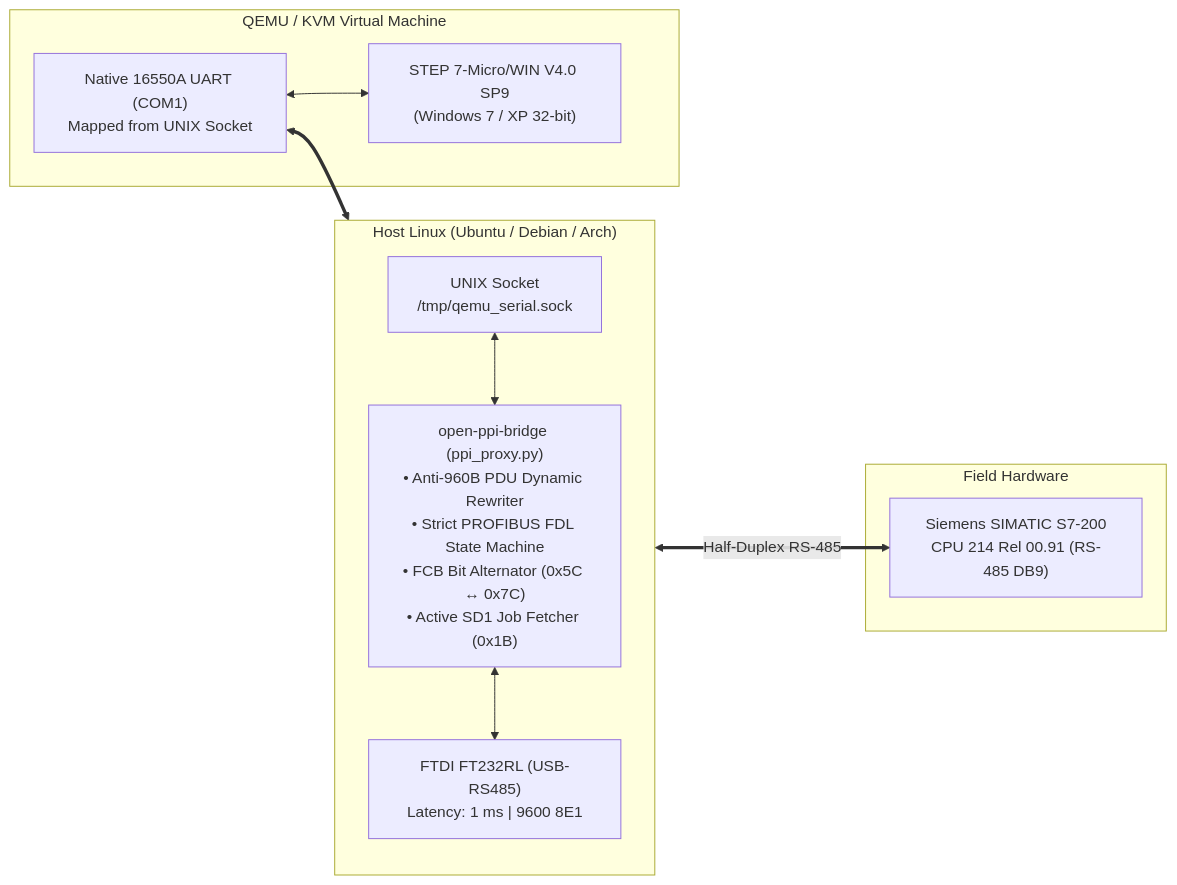
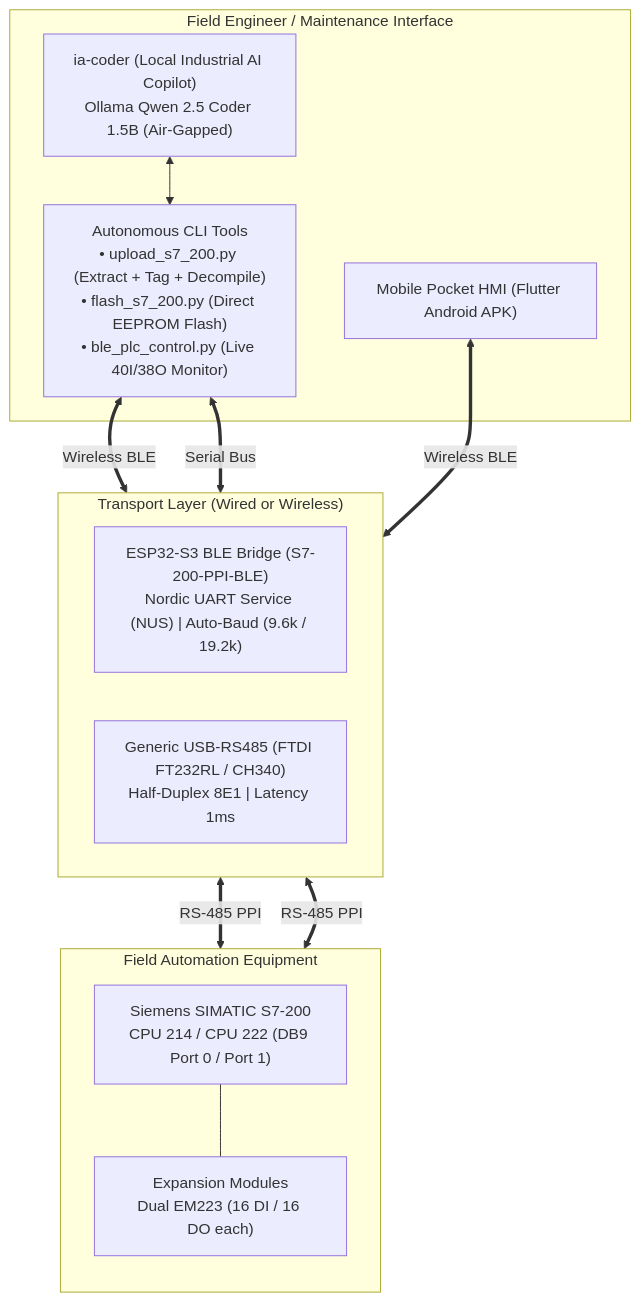
The diagram in README.md (humbertogamez23/open-ppi-bridge), drawn with Mermaid before and after one commit. The commit also changed other lines of this file, not shown here.

Commit message:
docs: update README with v1.1.0 release, ia-coder, upload/flash suite, and live I/O monitoring

````diff
--- a/README.md
+++ b/README.md
@@ -25,26 +31,28 @@
 ```mermaid
-flowchart LR
-    subgraph Host["Host Linux (Ubuntu / Debian / Arch)"]
-        direction TB
-        Proxy["open-ppi-bridge (ppi_proxy.py)<br/>• Anti-960B PDU Dynamic Rewriter<br/>• Strict PROFIBUS FDL State Machine<br/>• FCB Bit Alternator (0x5C ↔ 0x7C)<br/>• Active SD1 Job Fetcher (0x1B)"]
-        Socket["UNIX Socket<br/>/tmp/qemu_serial.sock"]
-        FTDI["FTDI FT232RL (USB-RS485)<br/>Latency: 1 ms | 9600 8E1"]
-        
-        Socket <--> Proxy
-        Proxy <--> FTDI
+flowchart TD
+    subgraph Operators["Field Engineer / Maintenance Interface"]
+        CLI["ia-coder (Local Industrial AI Copilot)<br/>Ollama Qwen 2.5 Coder 1.5B (Air-Gapped)"]
+        Tools["Autonomous CLI Tools<br/>• upload_s7_200.py (Extract + Tag + Decompile)<br/>• flash_s7_200.py (Direct EEPROM Flash)<br/>• ble_plc_control.py (Live 40I/38O Monitor)"]
+        HMI["Mobile Pocket HMI (Flutter Android APK)"]
     end
 
-    subgraph VM["QEMU / KVM Virtual Machine"]
-        COM1["Native 16550A UART (COM1)<br/>Mapped from UNIX Socket"]
-        MW["STEP 7-Micro/WIN V4.0 SP9<br/>(Windows 7 / XP 32-bit)"]
-        
-        COM1 <--> MW
+    subgraph Transport["Transport Layer (Wired or Wireless)"]
+        direction LR
+        BLE["ESP32-S3 BLE Bridge (S7-200-PPI-BLE)<br/>Nordic UART Service (NUS) | Auto-Baud (9.6k / 19.2k)"]
+        RS485["Generic USB-RS485 (FTDI FT232RL / CH340)<br/>Half-Duplex 8E1 | Latency 1ms"]
     end
 
-    subgraph Hardware["Field Hardware"]
-        PLC["Siemens SIMATIC S7-200<br/>CPU 214 Rel 00.91 (RS-485 DB9)"]
+    subgraph Field["Field Automation Equipment"]
+        direction TB
+        PLC["Siemens SIMATIC S7-200<br/>CPU 214 / CPU 222 (DB9 Port 0 / Port 1)"]
+        Modules["Expansion Modules<br/>Dual EM223 (16 DI / 16 DO each)"]
+        PLC --- Modules
     end
 
-    COM1 <==> Socket
-    FTDI <== "Half-Duplex RS-485" ==> PLC
+    CLI <--> Tools
+    Tools <== "Wireless BLE" ==> BLE
+    Tools <== "Serial Bus" ==> RS485
+    HMI <== "Wireless BLE" ==> BLE
+    BLE <== "RS-485 PPI" ==> PLC
+    RS485 <== "RS-485 PPI" ==> PLC
 ```
````
